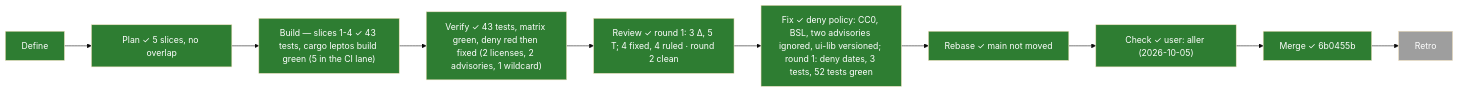
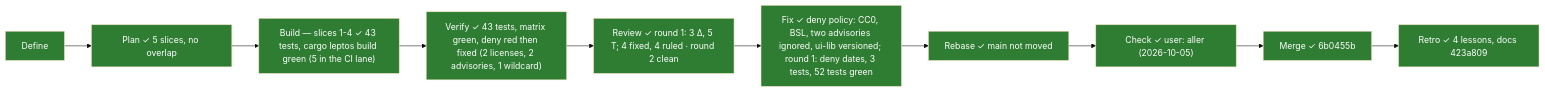
The first of 2 diagrams in .task/001-site-structure.md (PaliCanon/learn-pali), drawn with Mermaid (base theme) before and after one commit. The commit also changed other lines of this file, not shown here.

Commit message:
chore(task): 001 retro — four lessons (docs 423a809), session archived

````diff
--- a/.task/001-site-structure.md
+++ b/.task/001-site-structure.md
@@ -7,8 +7,8 @@
 ```mermaid
 flowchart LR
-  Define:::done --> Plan["Plan ✓ 5 slices, no overlap"]:::done --> Build["Build — slices 1-4 ✓ 43 tests, cargo leptos build green (5 in the CI lane)"]:::done --> Verify["Verify ✓ 43 tests, matrix green, deny red then fixed (2 licenses, 2 advisories, 1 wildcard)"]:::done --> Review["Review ✓ round 1: 3 Δ, 5 T; 4 fixed, 4 ruled · round 2 clean"]:::done --> Fix["Fix ✓ deny policy: CC0, BSL, two advisories ignored, ui-lib versioned; round 1: deny dates, 3 tests, 52 tests green"]:::done --> Rebase["Rebase ✓ main not moved"]:::done --> Check["Check ✓ user: aller (2026-10-05)"]:::done --> Merge["Merge ✓ 6b0455b"]:::done --> Retro:::todo
+  Define:::done --> Plan["Plan ✓ 5 slices, no overlap"]:::done --> Build["Build — slices 1-4 ✓ 43 tests, cargo leptos build green (5 in the CI lane)"]:::done --> Verify["Verify ✓ 43 tests, matrix green, deny red then fixed (2 licenses, 2 advisories, 1 wildcard)"]:::done --> Review["Review ✓ round 1: 3 Δ, 5 T; 4 fixed, 4 ruled · round 2 clean"]:::done --> Fix["Fix ✓ deny policy: CC0, BSL, two advisories ignored, ui-lib versioned; round 1: deny dates, 3 tests, 52 tests green"]:::done --> Rebase["Rebase ✓ main not moved"]:::done --> Check["Check ✓ user: aller (2026-10-05)"]:::done --> Merge["Merge ✓ 6b0455b"]:::done --> Retro["Retro ✓ 4 lessons, docs 423a809"]:::done
   classDef done fill:#2e7d32,color:#fff
   classDef doing fill:#f9a825,color:#000
   classDef todo fill:#9e9e9e,color:#fff
   classDef fail fill:#c62828,color:#fff
 ```
````
